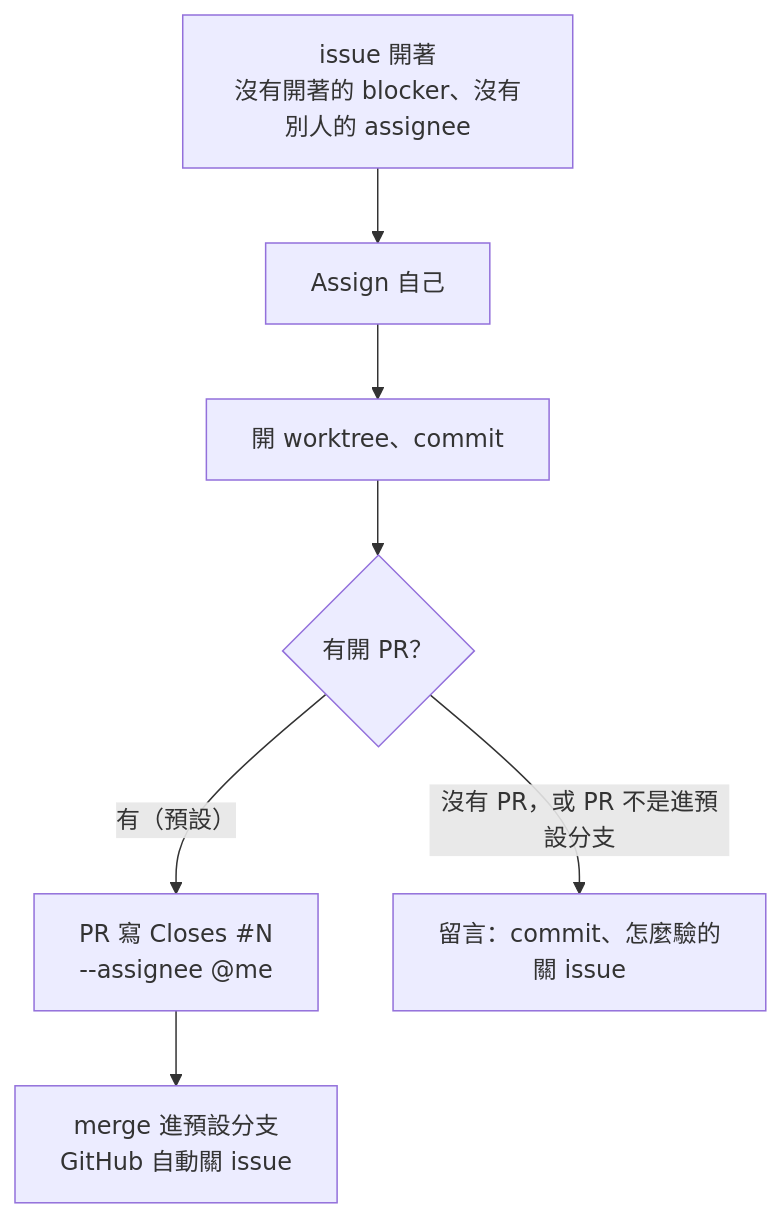
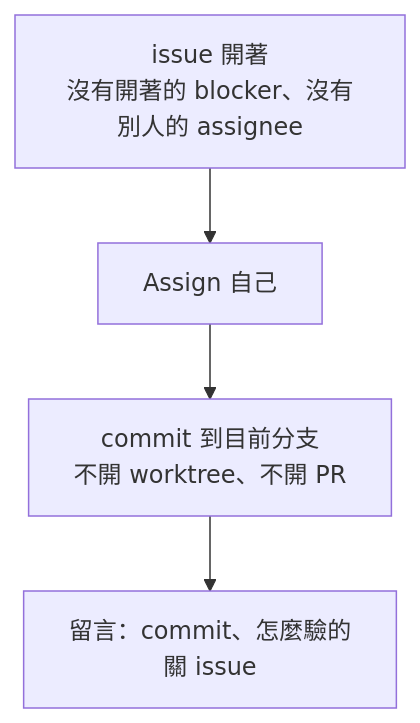
The first of 3 diagrams in docs/issue-lifecycle.md (henry5720/dotfiles), drawn with Mermaid before and after one commit. The commit also changed other lines of this file and 1 other file, not shown here.

Commit message:
docs: 一般 issue 回到上游 /implement，直接 commit 不開 worktree、PR
一般 issue 原本畫成「開 worktree → 預設開 PR → merge 關」，這兩步都不是上游
/implement 的流程（它只寫 commit 到目前分支）。worktree 只有 --bg session 被
harness 強制，PR 對單人 repo 只是自己 merge 自己。spec 的流程不變。

````diff
--- a/docs/issue-lifecycle.md
+++ b/docs/issue-lifecycle.md
@@ -15,9 +15,6 @@
 ```mermaid
 flowchart TD
   A["issue 開著<br/>沒有開著的 blocker、沒有別人的 assignee"] --> B["Assign 自己"]
-  B --> C["開 worktree、commit"]
-  C --> D{"有開 PR？"}
-  D -- "有（預設）" --> E["PR 寫 Closes #N<br/>--assignee @me"]
-  E --> F["merge 進預設分支<br/>GitHub 自動關 issue"]
-  D -- "沒有 PR，或 PR 不是進預設分支" --> G["留言：commit、怎麼驗的<br/>關 issue"]
+  B --> C["commit 到目前分支<br/>不開 worktree、不開 PR"]
+  C --> G["留言：commit、怎麼驗的<br/>關 issue"]
 ```
````
